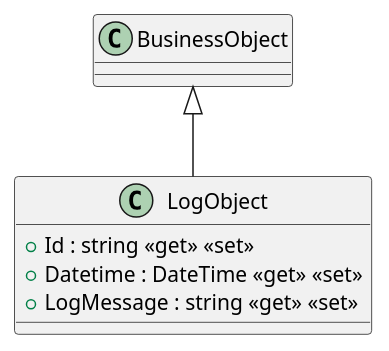
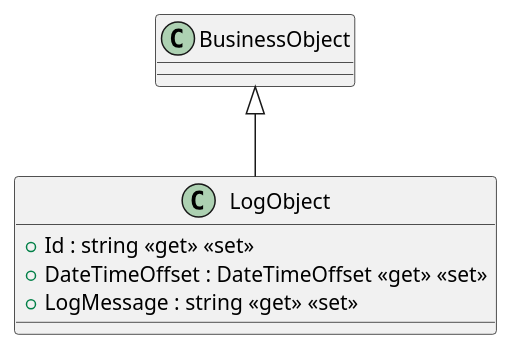
One commit to Hochfrequenz/BO4E-dotnet changed the diagram in BO4E-dotnet/BO/LogObject/LogObject.puml. Above: the diagram before and after it, drawn with PlantUML. The commit also changed 39 other files, not shown here.

Commit message:
fix all build errors after replacing DateTime with DateTimeOffset

```diff
--- a/BO4E-dotnet/BO/LogObject/LogObject.puml
+++ b/BO4E-dotnet/BO/LogObject/LogObject.puml
@@ -1,8 +1,8 @@
 @startuml
 class LogObject {
     + Id : string <<get>> <<set>>
-    + Datetime : DateTime <<get>> <<set>>
+    + DateTimeOffset : DateTimeOffset <<get>> <<set>>
     + LogMessage : string <<get>> <<set>>
 }
 BusinessObject <|-- LogObject
 @enduml
```
